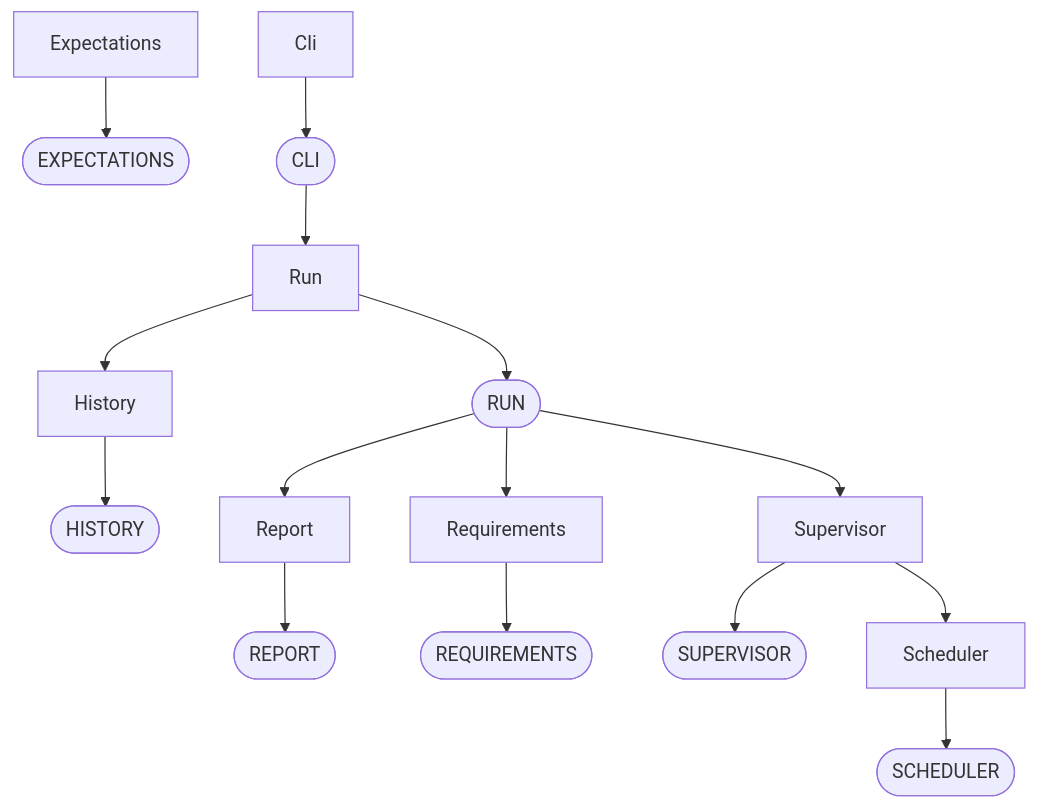
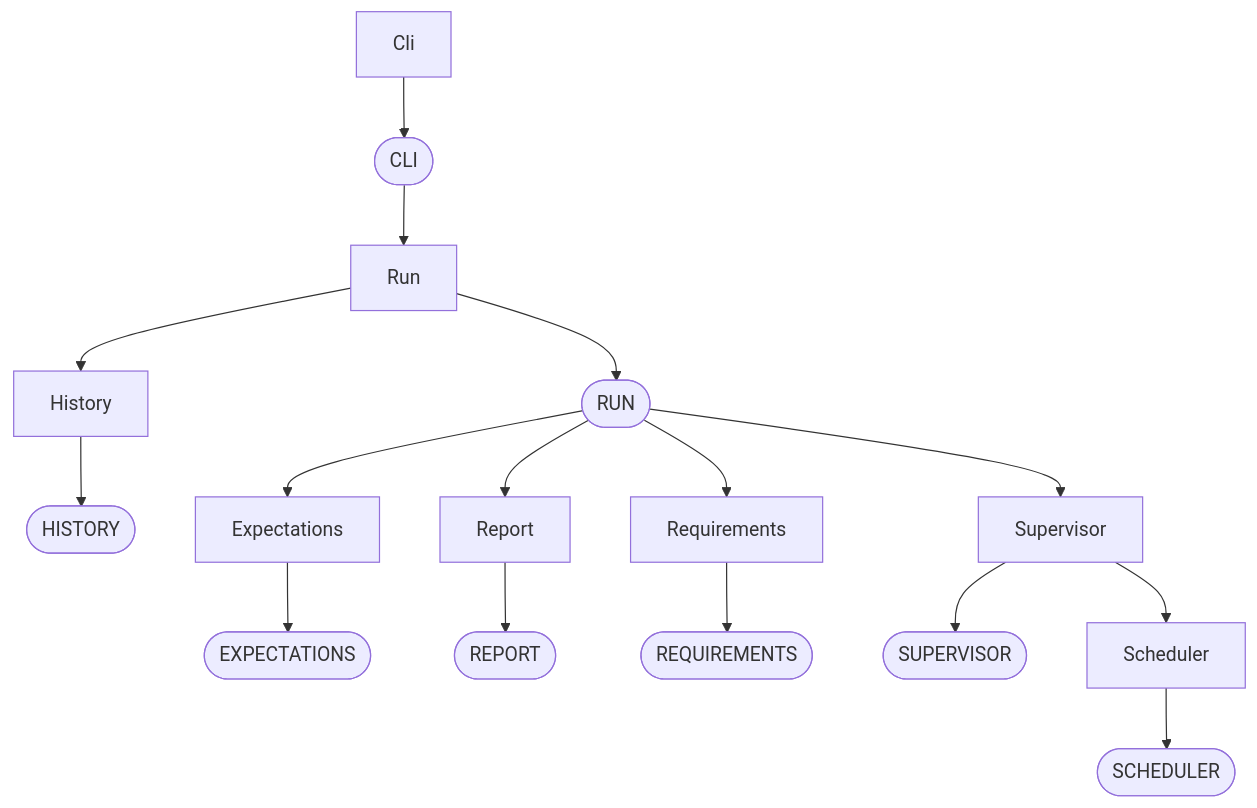
Before and after one commit to ruudkoot/rune: the second of 2 diagrams in docs/generated/test/runner/depends.md, drawn with Mermaid. The commit also changed other lines of this file and 48 other files, not shown here.

````diff
--- a/docs/generated/test/runner/depends.md
+++ b/docs/generated/test/runner/depends.md
@@ -31,33 +31,34 @@
 ```mermaid
 flowchart TD
   n0(["SCHEDULER"])
   n1["Scheduler"]
   n2(["SUPERVISOR"])
   n3["Supervisor"]
   n4(["HISTORY"])
   n5["History"]
   n6(["EXPECTATIONS"])
   n7["Expectations"]
   n8(["REQUIREMENTS"])
   n9["Requirements"]
   n10(["REPORT"])
   n11["Report"]
   n12(["RUN"])
   n13["Run"]
   n14(["CLI"])
   n15["Cli"]
   n1 --> n0
   n3 --> n2
   n3 --> n1
   n5 --> n4
   n7 --> n6
   n9 --> n8
   n11 --> n10
+  n12 --> n7
   n12 --> n11
   n12 --> n9
   n12 --> n3
   n13 --> n5
   n13 --> n12
   n14 --> n13
   n15 --> n14
 ```
````
